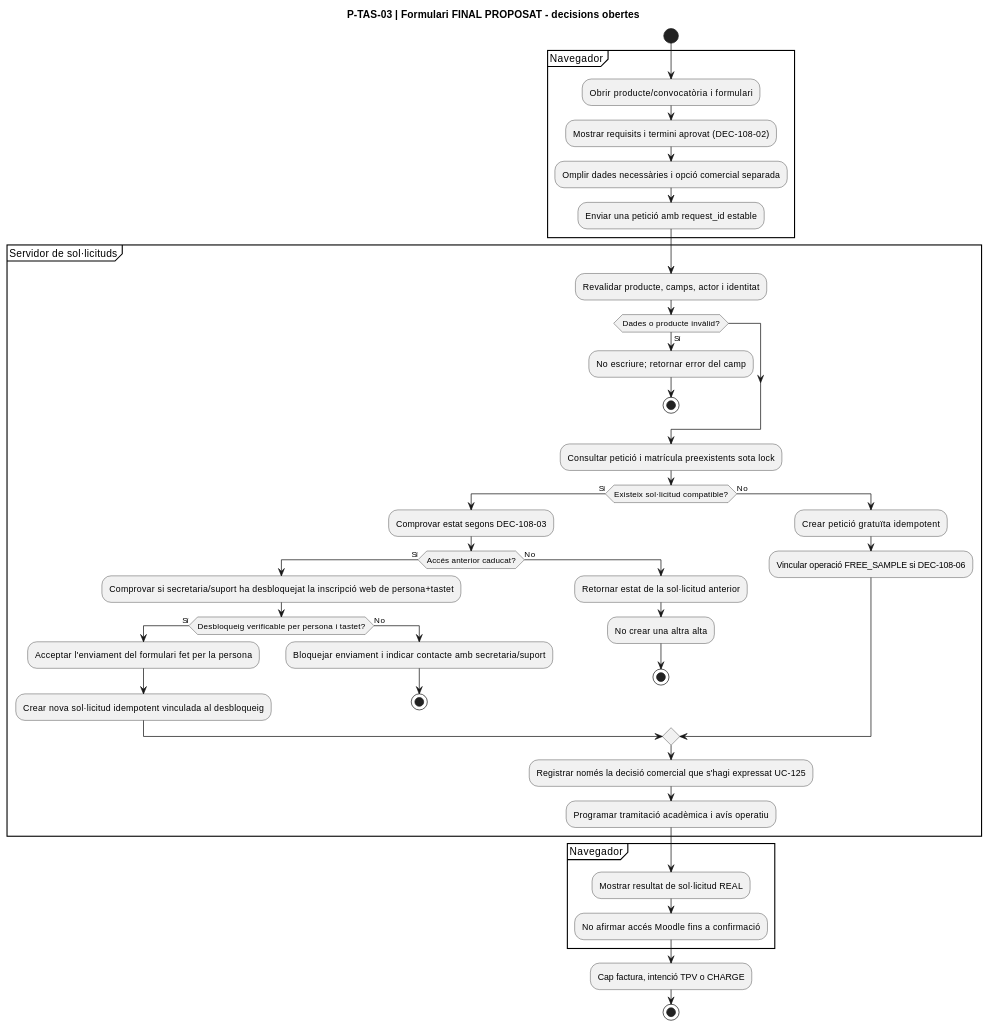
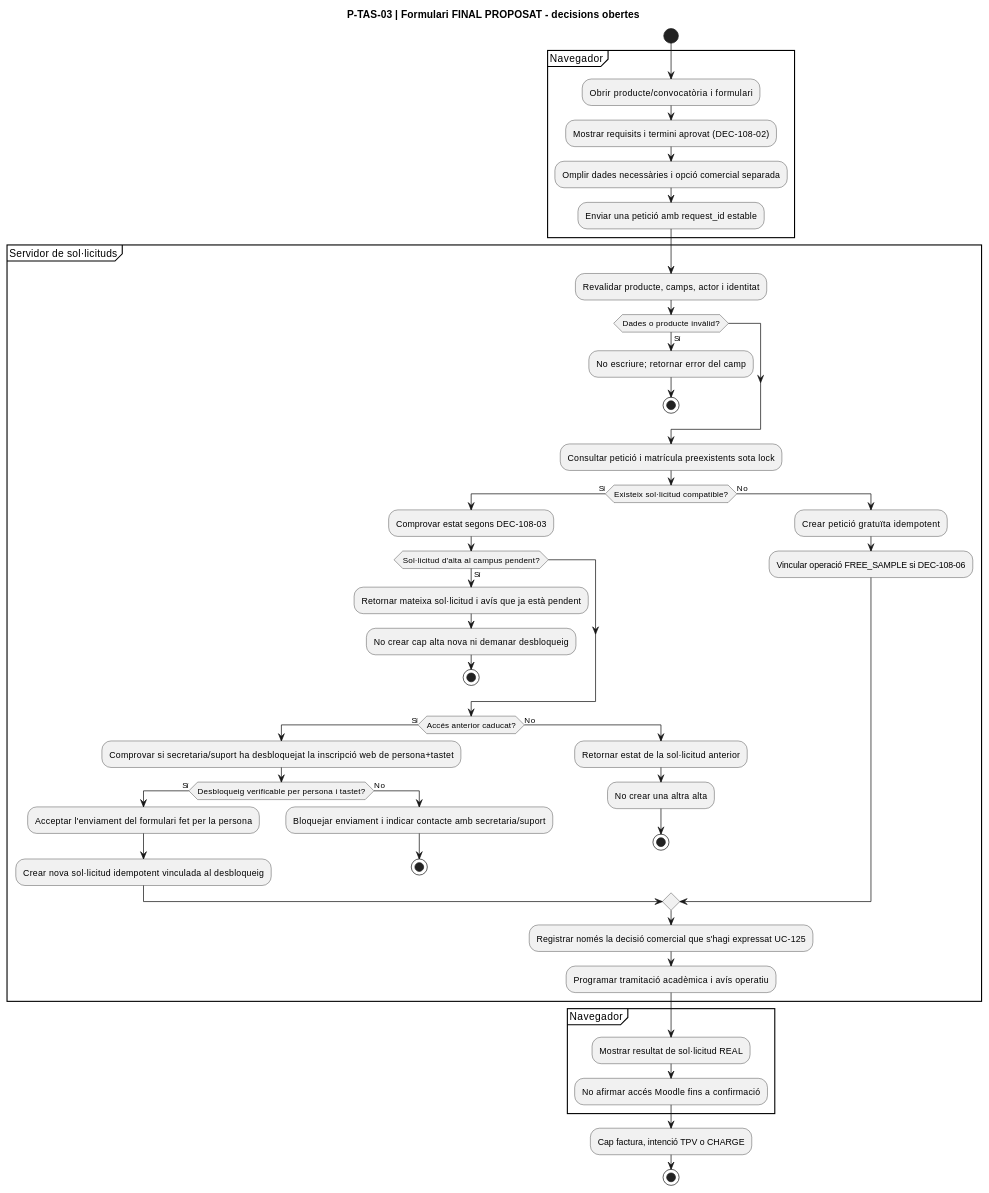
Diagram 16 of 32 in documentacio/07-uml-integrat/uc-108-activitats-pagines-tastets-actual-final.md (orgmeriemprismacat-del/verifactu), drawn with PlantUML before and after one commit. The commit also changed other lines of this file, not shown here.

````diff
--- a/documentacio/07-uml-integrat/uc-108-activitats-pagines-tastets-actual-final.md
+++ b/documentacio/07-uml-integrat/uc-108-activitats-pagines-tastets-actual-final.md
@@ -367,48 +367,53 @@
 ```plantuml
 @startuml
 title P-TAS-03 | Formulari FINAL PROPOSAT - decisions obertes
 start
 partition "Navegador" {
   :Obrir producte/convocatòria i formulari;
   :Mostrar requisits i termini aprovat (DEC-108-02);
   :Omplir dades necessàries i opció comercial separada;
   :Enviar una petició amb request_id estable;
 }
 partition "Servidor de sol·licituds" {
   :Revalidar producte, camps, actor i identitat;
   if (Dades o producte invàlid?) then (Sí)
     :No escriure; retornar error del camp;
     stop
   endif
   :Consultar petició i matrícula preexistents sota lock;
   if (Existeix sol·licitud compatible?) then (Sí)
     :Comprovar estat segons DEC-108-03;
+    if (Sol·licitud d'alta al campus pendent?) then (Sí)
+      :Retornar mateixa sol·licitud i avís que ja està pendent;
+      :No crear cap alta nova ni demanar desbloqueig;
+      stop
+    endif
     if (Accés anterior caducat?) then (Sí)
       :Comprovar si secretaria/suport ha desbloquejat la inscripció web de persona+tastet;
       if (Desbloqueig verificable per persona i tastet?) then (Sí)
         :Acceptar l'enviament del formulari fet per la persona;
         :Crear nova sol·licitud idempotent vinculada al desbloqueig;
       else (No)
         :Bloquejar enviament i indicar contacte amb secretaria/suport;
         stop
       endif
     else (No)
       :Retornar estat de la sol·licitud anterior;
       :No crear una altra alta;
       stop
     endif
   else (No)
     :Crear petició gratuïta idempotent;
     :Vincular operació FREE_SAMPLE si DEC-108-06;
   endif
   :Registrar només la decisió comercial que s'hagi expressat UC-125;
   :Programar tramitació acadèmica i avís operatiu;
 }
 partition "Navegador" {
   :Mostrar resultat de sol·licitud REAL;
   :No afirmar accés Moodle fins a confirmació;
 }
 :Cap factura, intenció TPV o CHARGE;
 stop
 @enduml
 ```
````
